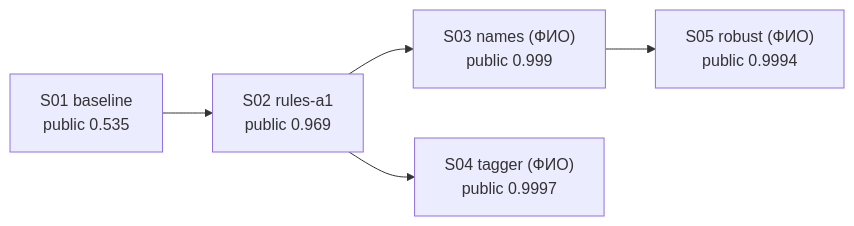
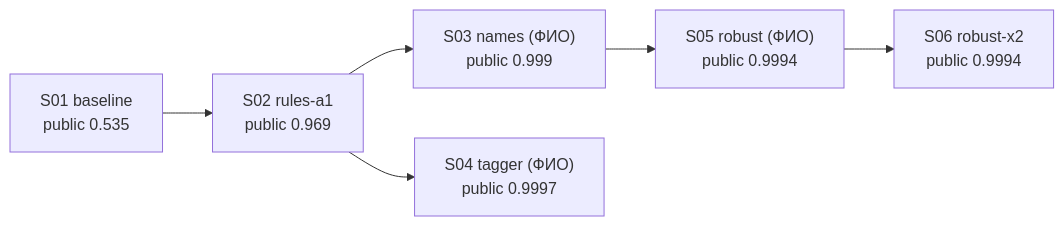
Before and after one commit to polinamiroshnichenko/masking-arena: the diagram in docs/evolution.md, drawn with Mermaid. The commit also changed other lines of this file and 19 other files, not shown here.

````diff
--- a/docs/evolution.md
+++ b/docs/evolution.md
@@ -43,7 +44,8 @@
 ```mermaid
 graph LR
   S01["S01 baseline<br/>public 0.535"] --> S02["S02 rules-a1<br/>public 0.969"]
   S02 --> S03["S03 names (ФИО)<br/>public 0.999"]
   S02 --> S04["S04 tagger (ФИО)<br/>public 0.9997"]
   S03 --> S05["S05 robust (ФИО)<br/>public 0.9994"]
+  S05 --> S06["S06 robust-x2<br/>public 0.9994"]
 ```
````
